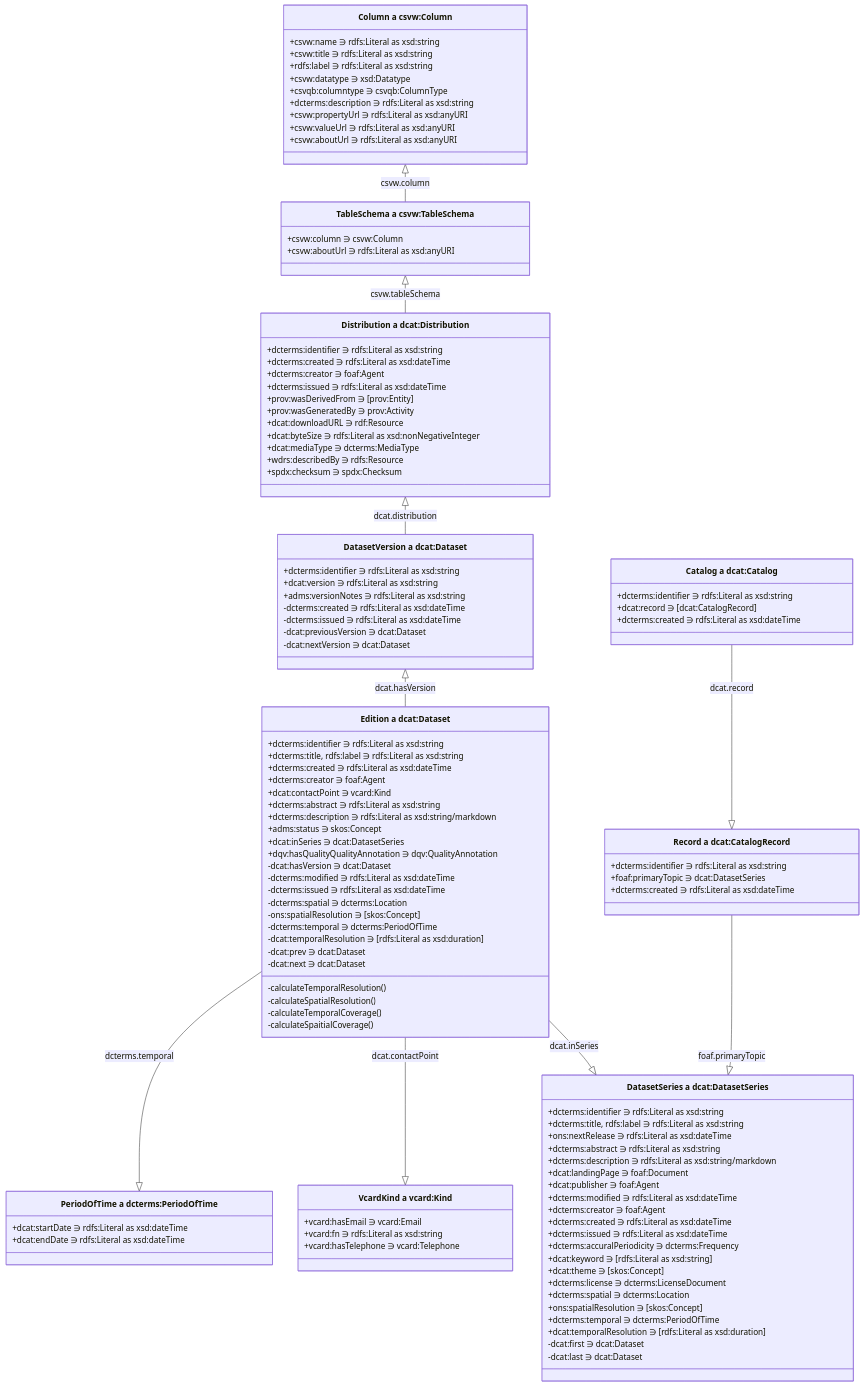
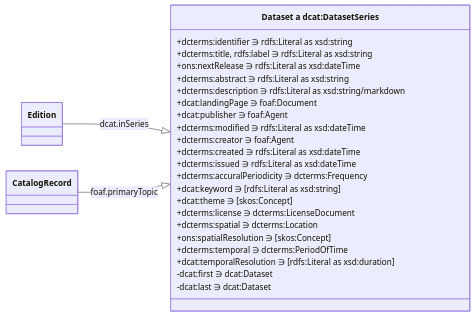
Before and after one commit to ONSdigital/application-profile: the second of 5 diagrams in README.md, drawn with Mermaid. The commit also changed other lines of this file and 4 other files, not shown here.

````diff
--- a/README.md
+++ b/README.md
@@ -132,127 +240,31 @@
 ```mermaid
 classDiagram
-Distribution <|-- DatasetVersion : dcat.distribution 
-DatasetVersion <|-- Edition : dcat.hasVersion
-Edition --|> DatasetSeries : dcat.inSeries 
-CatalogRecord --|> DatasetSeries : foaf.primaryTopic
-Catalog --|> CatalogRecord : dcat.record
-Edition --|> VcardKind : dcat.contactPoint
-Edition --|> PeriodOfTime : dcterms.temporal
-TableSchema <|-- Distribution : csvw.tableSchema
-Column <|-- TableSchema : csvw.column
+    direction LR
 
-class Catalog["Catalog a dcat:Catalog"] {
-    +dcterms:identifier ∋ rdfs:Literal as xsd:string
-    +dcat:record ∋ [dcat:CatalogRecord]
-    +dcterms:created ∋ rdfs:Literal as xsd:dateTime
-}
+    Edition --|> Dataset : dcat.inSeries 
+    CatalogRecord --|> Dataset : foaf.primaryTopic
 
-class CatalogRecord["Record a dcat:CatalogRecord"] {
-    +dcterms:identifier ∋ rdfs:Literal as xsd:string
-    +foaf:primaryTopic ∋ dcat:DatasetSeries
-    +dcterms:created ∋ rdfs:Literal as xsd:dateTime
-}
-
-class TableSchema["TableSchema a csvw:TableSchema"] {
-    +csvw:column ∋ csvw:Column
-    +csvw:aboutUrl ∋ rdfs:Literal as xsd:anyURI
-}
-
-class Column["Column a csvw:Column"] {
-    +csvw:name ∋ rdfs:Literal as xsd:string
-    +csvw:title ∋ rdfs:Literal as xsd:string
-    +rdfs:label ∋ rdfs:Literal as xsd:string
-    +csvw:datatype ∋ xsd:Datatype
-    +csvqb:columntype ∋ csvqb:ColumnType
-    +dcterms:description ∋ rdfs:Literal as xsd:string
-    +csvw:propertyUrl ∋ rdfs:Literal as xsd:anyURI
-    +csvw:valueUrl ∋ rdfs:Literal as xsd:anyURI
-    +csvw:aboutUrl ∋ rdfs:Literal as xsd:anyURI
-}
-
-class Edition["Edition a dcat:Dataset"] {
-    +dcterms:identifier ∋ rdfs:Literal as xsd:string
-    +dcterms:title, rdfs:label ∋ rdfs:Literal as xsd:string
-    +dcterms:created ∋ rdfs:Literal as xsd:dateTime
-    +dcterms:creator ∋ foaf:Agent
-    +dcat:contactPoint ∋ vcard:Kind
-    +dcterms:abstract ∋ rdfs:Literal as xsd:string
-    +dcterms:description ∋ rdfs:Literal as xsd:string/markdown
-    +adms:status ∋ skos:Concept
-    +dcat:inSeries ∋ dcat:DatasetSeries
-    +dqv:hasQualityQualityAnnotation ∋ dqv:QualityAnnotation
-    -dcat:hasVersion ∋ dcat:Dataset
-    -dcterms:modified ∋ rdfs:Literal as xsd:dateTime
-    -dcterms:issued ∋ rdfs:Literal as xsd:dateTime
-    -dcterms:spatial ∋ dcterms:Location
-    -ons:spatialResolution ∋ [skos:Concept]
-    -dcterms:temporal ∋ dcterms:PeriodOfTime
-    -dcat:temporalResolution ∋ [rdfs:Literal as xsd:duration]
-    -dcat:prev ∋ dcat:Dataset
-    -dcat:next ∋ dcat:Dataset
-    -calculateTemporalResolution()
-    -calculateSpatialResolution()
-    -calculateTemporalCoverage() 
-    -calculateSpaitialCoverage()   
-}
-
-class VcardKind["VcardKind a vcard:Kind"] {
-    +vcard:hasEmail ∋ vcard:Email
-    +vcard:fn ∋ rdfs:Literal as xsd:string
-    +vcard:hasTelephone ∋ vcard:Telephone
-}
-
-class PeriodOfTime["PeriodOfTime a dcterms:PeriodOfTime"] {
-    +dcat:startDate ∋ rdfs:Literal as xsd:dateTime
-    +dcat:endDate ∋ rdfs:Literal as xsd:dateTime
-}
-
-class Distribution["Distribution a dcat:Distribution"] {
-    +dcterms:identifier ∋ rdfs:Literal as xsd:string
-    +dcterms:created ∋ rdfs:Literal as xsd:dateTime
-    +dcterms:creator ∋ foaf:Agent
-    +dcterms:issued ∋ rdfs:Literal as xsd:dateTime
-    +prov:wasDerivedFrom ∋ [prov:Entity]
-    +prov:wasGeneratedBy ∋ prov:Activity
-    +dcat:downloadURL ∋ rdf:Resource
-    +dcat:byteSize ∋ rdfs:Literal as xsd:nonNegativeInteger
-    +dcat:mediaType ∋ dcterms:MediaType
-    +wdrs:describedBy ∋ rdfs:Resource
-    +spdx:checksum ∋ spdx:Checksum
-}
-
-class DatasetVersion["DatasetVersion a dcat:Dataset"] {
-    +dcterms:identifier ∋ rdfs:Literal as xsd:string
-    +dcat:version ∋ rdfs:Literal as xsd:string
-    +adms:versionNotes ∋ rdfs:Literal as xsd:string
-    -dcterms:created ∋ rdfs:Literal as xsd:dateTime
-    -dcterms:issued ∋ rdfs:Literal as xsd:dateTime
-    -dcat:previousVersion ∋ dcat:Dataset
-    -dcat:nextVersion ∋ dcat:Dataset
-}
-
-class DatasetSeries["DatasetSeries a dcat:DatasetSeries"] {
-    +dcterms:identifier ∋ rdfs:Literal as xsd:string
-    +dcterms:title, rdfs:label ∋ rdfs:Literal as xsd:string
-    +ons:nextRelease ∋ rdfs:Literal as xsd:dateTime
-    +dcterms:abstract ∋ rdfs:Literal as xsd:string
-    +dcterms:description ∋ rdfs:Literal as xsd:string/markdown
-    +dcat:landingPage ∋ foaf:Document
-    +dcat:publisher ∋ foaf:Agent
-    +dcterms:modified ∋ rdfs:Literal as xsd:dateTime
-    +dcterms:creator ∋ foaf:Agent
-    +dcterms:created ∋ rdfs:Literal as xsd:dateTime
-    +dcterms:issued ∋ rdfs:Literal as xsd:dateTime
-    +dcterms:accuralPeriodicity ∋ dcterms:Frequency
-    +dcat:keyword ∋ [rdfs:Literal as xsd:string]
-    +dcat:theme ∋ [skos:Concept]
-    +dcterms:license ∋ dcterms:LicenseDocument
-    +dcterms:spatial ∋ dcterms:Location
-    +ons:spatialResolution ∋ [skos:Concept]
-    +dcterms:temporal ∋ dcterms:PeriodOfTime
-    +dcat:temporalResolution ∋ [rdfs:Literal as xsd:duration]
-    -dcat:first ∋ dcat:Dataset
-    -dcat:last ∋ dcat:Dataset
-}
-
+    class Dataset["Dataset a dcat:DatasetSeries"] {
+        +dcterms:identifier ∋ rdfs:Literal as xsd:string
+        +dcterms:title, rdfs:label ∋ rdfs:Literal as xsd:string
+        +ons:nextRelease ∋ rdfs:Literal as xsd:dateTime
+        +dcterms:abstract ∋ rdfs:Literal as xsd:string
+        +dcterms:description ∋ rdfs:Literal as xsd:string/markdown
+        +dcat:landingPage ∋ foaf:Document
+        +dcat:publisher ∋ foaf:Agent
+        +dcterms:modified ∋ rdfs:Literal as xsd:dateTime
+        +dcterms:creator ∋ foaf:Agent
+        +dcterms:created ∋ rdfs:Literal as xsd:dateTime
+        +dcterms:issued ∋ rdfs:Literal as xsd:dateTime
+        +dcterms:accuralPeriodicity ∋ dcterms:Frequency
+        +dcat:keyword ∋ [rdfs:Literal as xsd:string]
+        +dcat:theme ∋ [skos:Concept]
+        +dcterms:license ∋ dcterms:LicenseDocument
+        +dcterms:spatial ∋ dcterms:Location
+        +ons:spatialResolution ∋ [skos:Concept]
+        +dcterms:temporal ∋ dcterms:PeriodOfTime
+        +dcat:temporalResolution ∋ [rdfs:Literal as xsd:duration]
+        -dcat:first ∋ dcat:Dataset
+        -dcat:last ∋ dcat:Dataset
+    }
 ```
````
